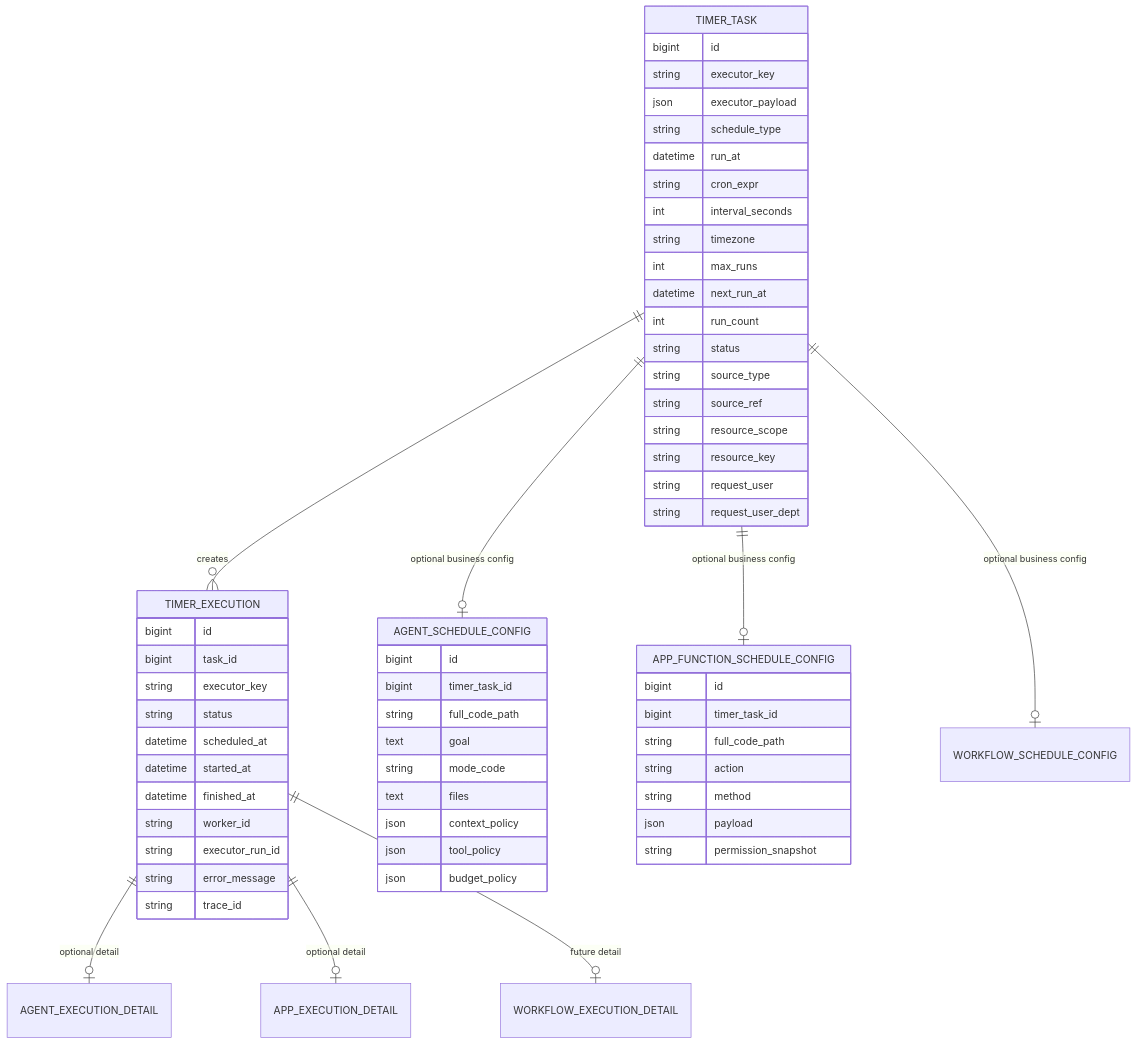
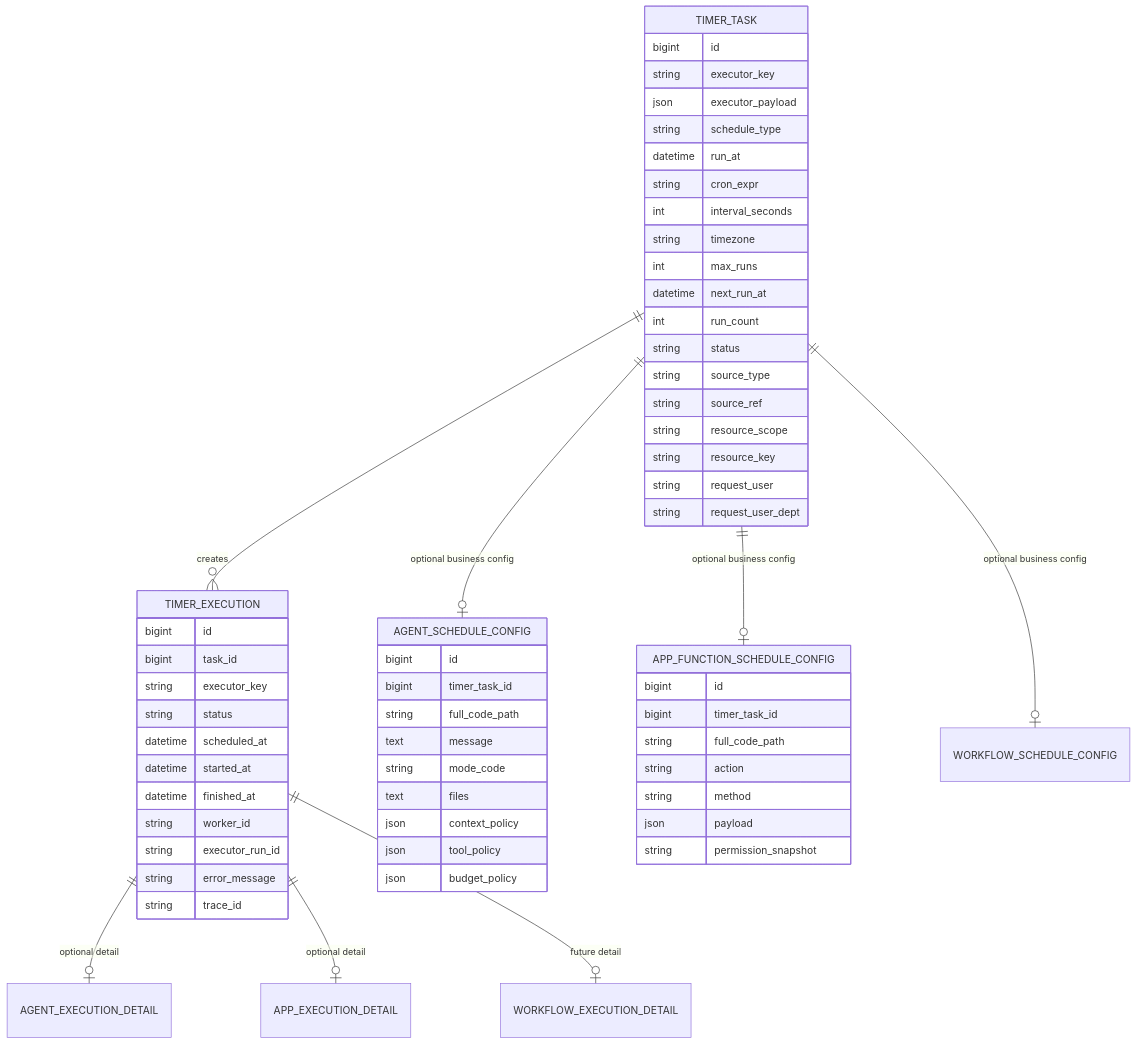
One commit to kageos/kageos changed the third of 19 diagrams in docs/scheduled-tasks-architecture-design.md. Above: the diagram before and after it, drawn with Mermaid. The commit also changed other lines of this file and 164 other files, not shown here.

````diff
--- a/docs/scheduled-tasks-architecture-design.md
+++ b/docs/scheduled-tasks-architecture-design.md
@@ -158,67 +161,67 @@
 ```mermaid
 erDiagram
   TIMER_TASK ||--o{ TIMER_EXECUTION : creates
   TIMER_EXECUTION ||--o| AGENT_EXECUTION_DETAIL : "optional detail"
   TIMER_EXECUTION ||--o| APP_EXECUTION_DETAIL : "optional detail"
   TIMER_EXECUTION ||--o| WORKFLOW_EXECUTION_DETAIL : "future detail"
   TIMER_TASK ||--o| AGENT_SCHEDULE_CONFIG : "optional business config"
   TIMER_TASK ||--o| APP_FUNCTION_SCHEDULE_CONFIG : "optional business config"
   TIMER_TASK ||--o| WORKFLOW_SCHEDULE_CONFIG : "optional business config"
 
   TIMER_TASK {
     bigint id
     string executor_key
     json executor_payload
     string schedule_type
     datetime run_at
     string cron_expr
     int interval_seconds
     string timezone
     int max_runs
     datetime next_run_at
     int run_count
     string status
     string source_type
     string source_ref
     string resource_scope
     string resource_key
     string request_user
     string request_user_dept
   }
 
   TIMER_EXECUTION {
     bigint id
     bigint task_id
     string executor_key
     string status
     datetime scheduled_at
     datetime started_at
     datetime finished_at
     string worker_id
     string executor_run_id
     string error_message
     string trace_id
   }
 
   AGENT_SCHEDULE_CONFIG {
     bigint id
     bigint timer_task_id
     string full_code_path
-    text goal
+    text message
     string mode_code
     text files
     json context_policy
     json tool_policy
     json budget_policy
   }
 
   APP_FUNCTION_SCHEDULE_CONFIG {
     bigint id
     bigint timer_task_id
     string full_code_path
     string action
     string method
     json payload
     string permission_snapshot
   }
 ```
````
